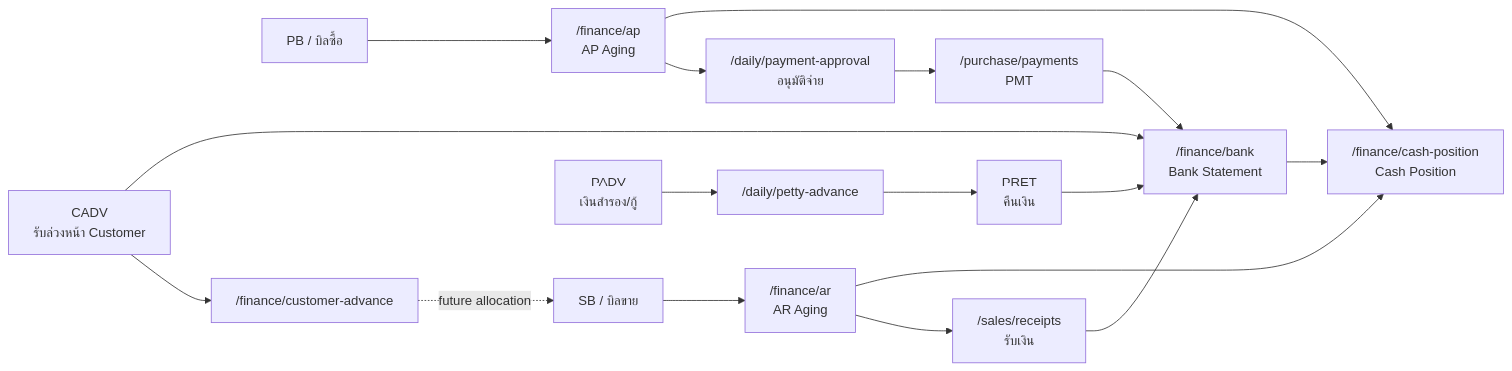
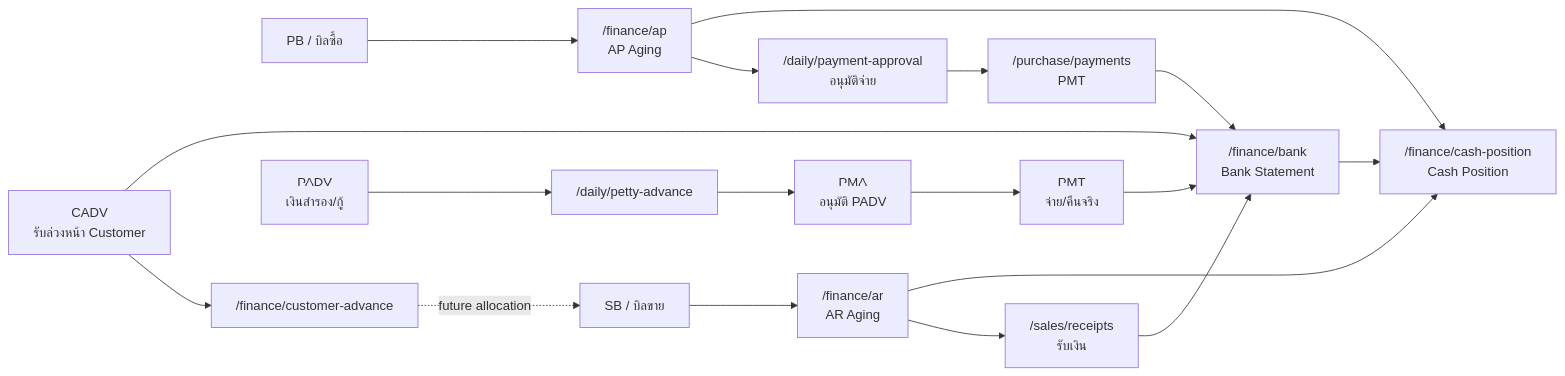
The diagram in docs/notes/Finance Debt Flow.md (terner/new-ns-scrap-erp), drawn with Mermaid before and after one commit. The commit also changed other lines of this file and 70 other files, not shown here.

````diff
--- a/docs/notes/Finance Debt Flow.md
+++ b/docs/notes/Finance Debt Flow.md
@@ -38,23 +38,24 @@
 ```mermaid
 flowchart LR
   PB["PB / บิลซื้อ"] --> AP["/finance/ap\nAP Aging"]
   AP --> PMA["/daily/payment-approval\nอนุมัติจ่าย"]
   PMA --> PMT["/purchase/payments\nPMT"]
   PMT --> BST["/finance/bank\nBank Statement"]
 
   SB["SB / บิลขาย"] --> AR["/finance/ar\nAR Aging"]
   AR --> RCP["/sales/receipts\nรับเงิน"]
   RCP --> BST
 
   CADV["CADV\nรับล่วงหน้า Customer"] --> CUSTADV["/finance/customer-advance"]
   CADV --> BST
   CUSTADV -. "future allocation" .-> SB
 
   PADV["PADV\nเงินสำรอง/กู้"] --> PETTY["/daily/petty-advance"]
-  PETTY --> PRET["PRET\nคืนเงิน"]
-  PRET --> BST
+  PETTY --> PMA2["PMA\nอนุมัติ PADV"]
+  PMA2 --> PMT2["PMT\nจ่าย/คืนจริง"]
+  PMT2 --> BST
 
   BST --> CASH["/finance/cash-position\nCash Position"]
   AR --> CASH
   AP --> CASH
 ```
````
